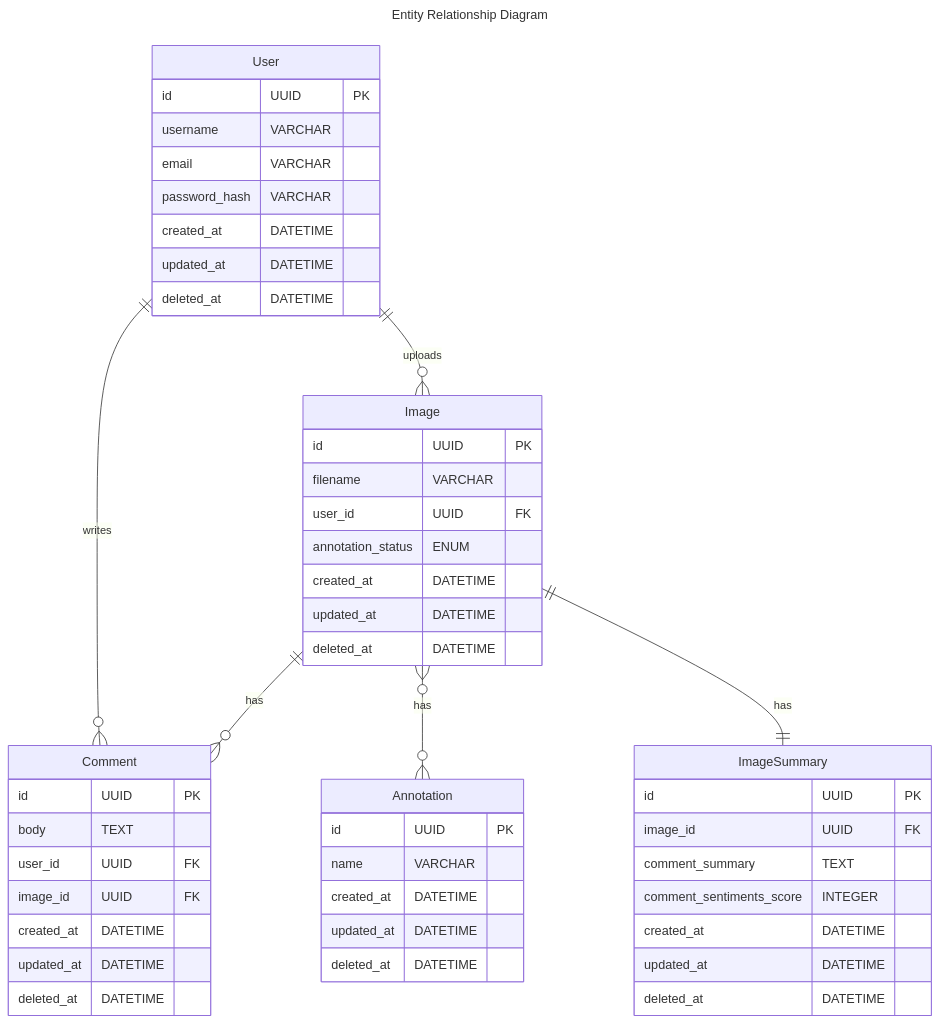
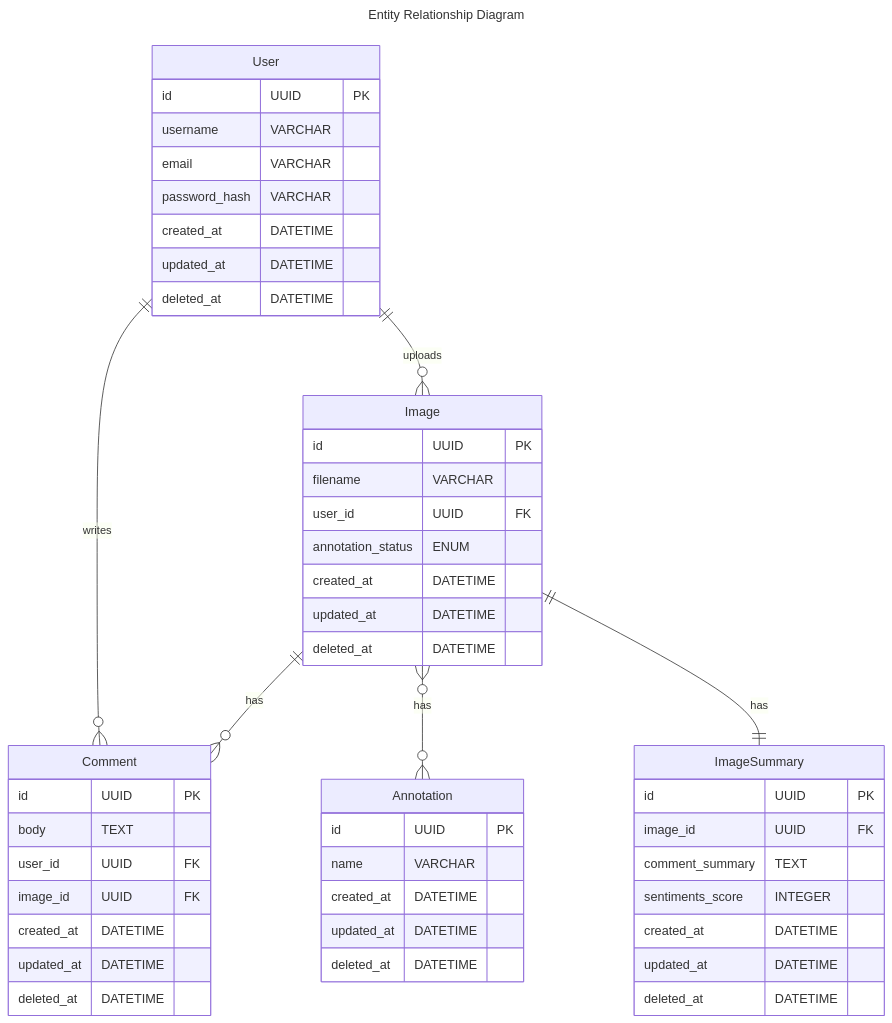
One commit to kziovas/practise-image-annotation-service-poc changed the diagram in README.md. Above: the diagram before and after it, drawn with Mermaid. The commit also changed 12 other files, not shown here.

````diff
--- a/README.md
+++ b/README.md
@@ -4,61 +4,61 @@
 ```mermaid
 ---
 title: Entity Relationship Diagram
 ---
 
 erDiagram
     User {
         id UUID PK
         username VARCHAR
         email VARCHAR
         password_hash VARCHAR
         created_at DATETIME
         updated_at DATETIME
         deleted_at DATETIME
     }
 
     Image {
         id UUID PK
         filename VARCHAR
         user_id UUID FK
         annotation_status ENUM
         created_at DATETIME
         updated_at DATETIME
         deleted_at DATETIME
     }
 
     Comment {
         id UUID PK
         body TEXT
         user_id UUID FK
         image_id UUID FK
         created_at DATETIME
         updated_at DATETIME
         deleted_at DATETIME
     }
 
     Annotation {
         id UUID PK
         name VARCHAR
         created_at DATETIME
         updated_at DATETIME
         deleted_at DATETIME
     }
 
     ImageSummary {
         id UUID PK
         image_id UUID FK
         comment_summary TEXT
-        comment_sentiments_score INTEGER
+        sentiments_score INTEGER
         created_at DATETIME
         updated_at DATETIME
         deleted_at DATETIME
     }
 
     User ||--o{ Comment : "writes"
     User ||--o{ Image : "uploads"
     Image ||--o{ Comment : "has"
     Image }o--o{ Annotation : "has"
     Image ||--|| ImageSummary : "has"
 
 ```
````
